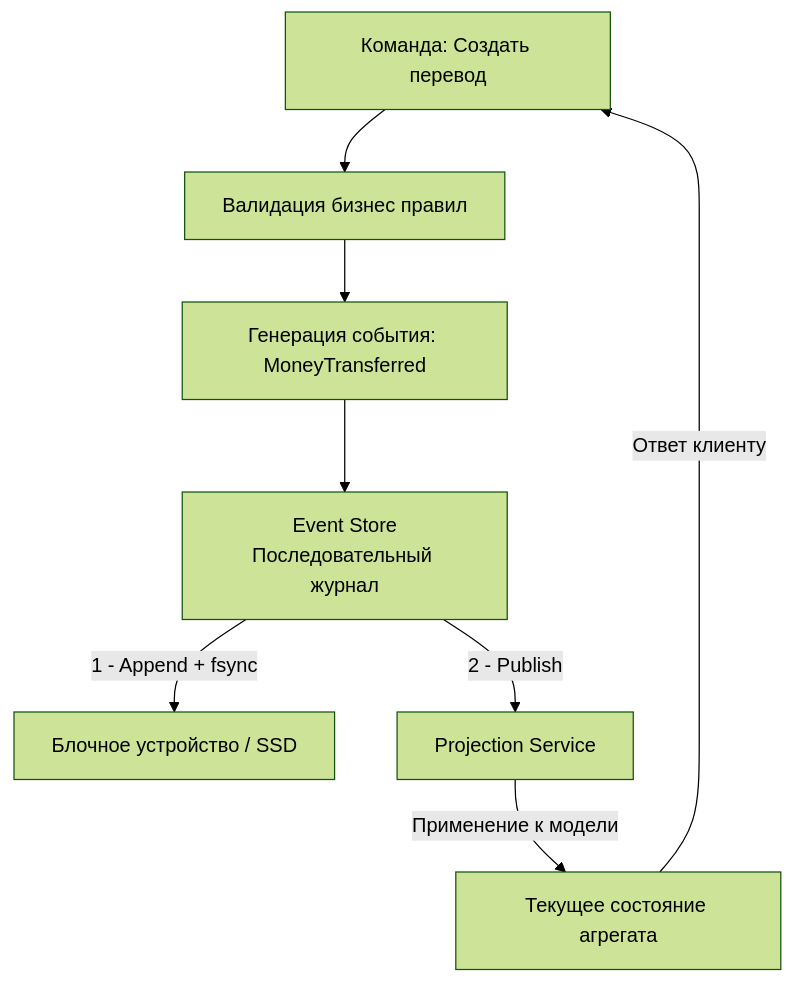
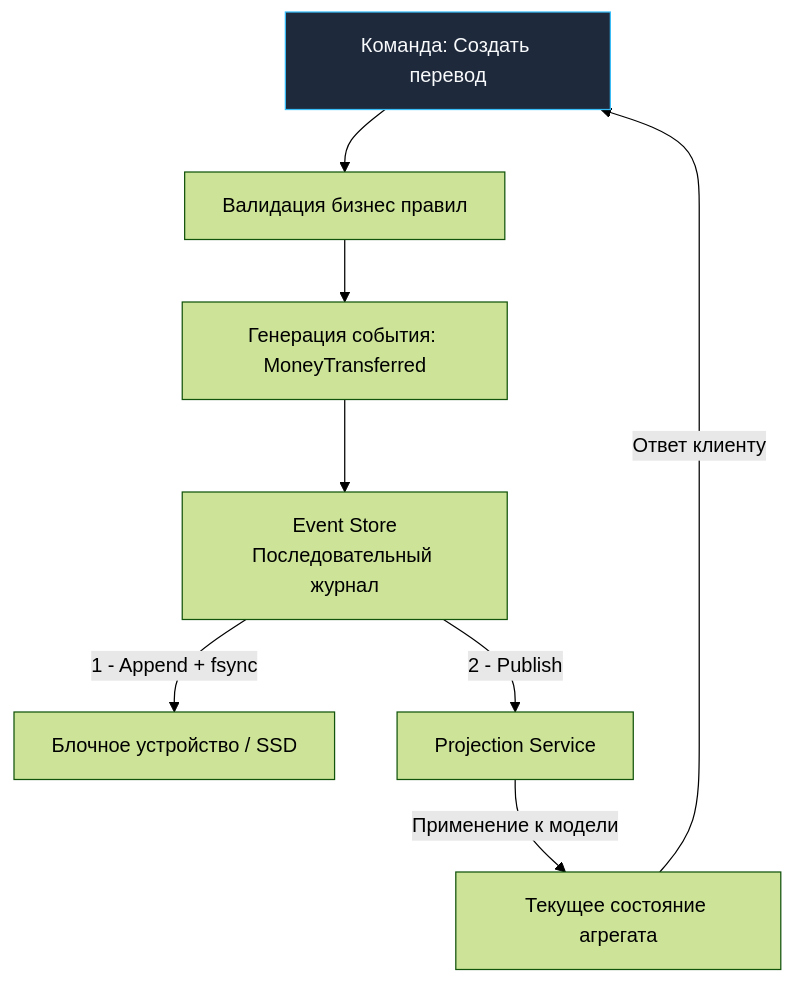
The diagram in sources/12. Базы данных/10. Практика и архитектура/9. Event sourcing и базы.md (UnrealTemplier/go-textbook), drawn with Mermaid (forest theme) before and after one commit. The commit also changed 1666 other files, not shown here.

First line of the commit message:
feat(mermaid): add semantic color classDef to 1369 colorless flowchart/graph diagrams

````diff
--- a/sources/12. Базы данных/10. Практика и архитектура/9. Event sourcing и базы.md
+++ b/sources/12. Базы данных/10. Практика и архитектура/9. Event sourcing и базы.md
@@ -26,10 +26,20 @@
 ```mermaid
 flowchart TD
-    Cmd["Команда: Создать перевод"] --> Val["Валидация бизнес правил"]
+    classDef process  fill:#1e293b,stroke:#38bdf8,stroke-width:1px,color:#f8fafc
+    classDef success  fill:#064e3b,stroke:#34d399,stroke-width:1px,color:#f8fafc
+    classDef error    fill:#7f1d1d,stroke:#f87171,stroke-width:1px,color:#f8fafc
+    classDef warning  fill:#78350f,stroke:#fbbf24,stroke-width:1px,color:#f8fafc
+    classDef entry    fill:#1e3a5f,stroke:#38bdf8,stroke-width:2px,color:#f8fafc
+    classDef aux      fill:#334155,stroke:#64748b,stroke-width:1px,color:#f8fafc
+    classDef system   fill:#312e81,stroke:#a78bfa,stroke-width:1px,color:#f8fafc
+    classDef data     fill:#132d29,stroke:#2dd4bf,stroke-width:1px,color:#f8fafc
+    classDef network  fill:#881337,stroke:#fb7185,stroke-width:1px,color:#f8fafc
+    classDef accent   fill:#1e1b4b,stroke:#818cf8,stroke-width:1px,color:#f8fafc
+    Cmd["Команда: Создать перевод"]:::process --> Val["Валидация бизнес правил"]
     Val --> Ev["Генерация события: MoneyTransferred"]
     Ev --> Store["Event Store<br>Последовательный журнал"]
     Store -->|"1 - Append + fsync"| Disk["Блочное устройство / SSD"]
     Store -->|"2 - Publish"| Proj["Projection Service"]
     Proj -->|"Применение к модели"| State["Текущее состояние агрегата"]
     State -->|"Ответ клиенту"| Cmd
 ```
````
